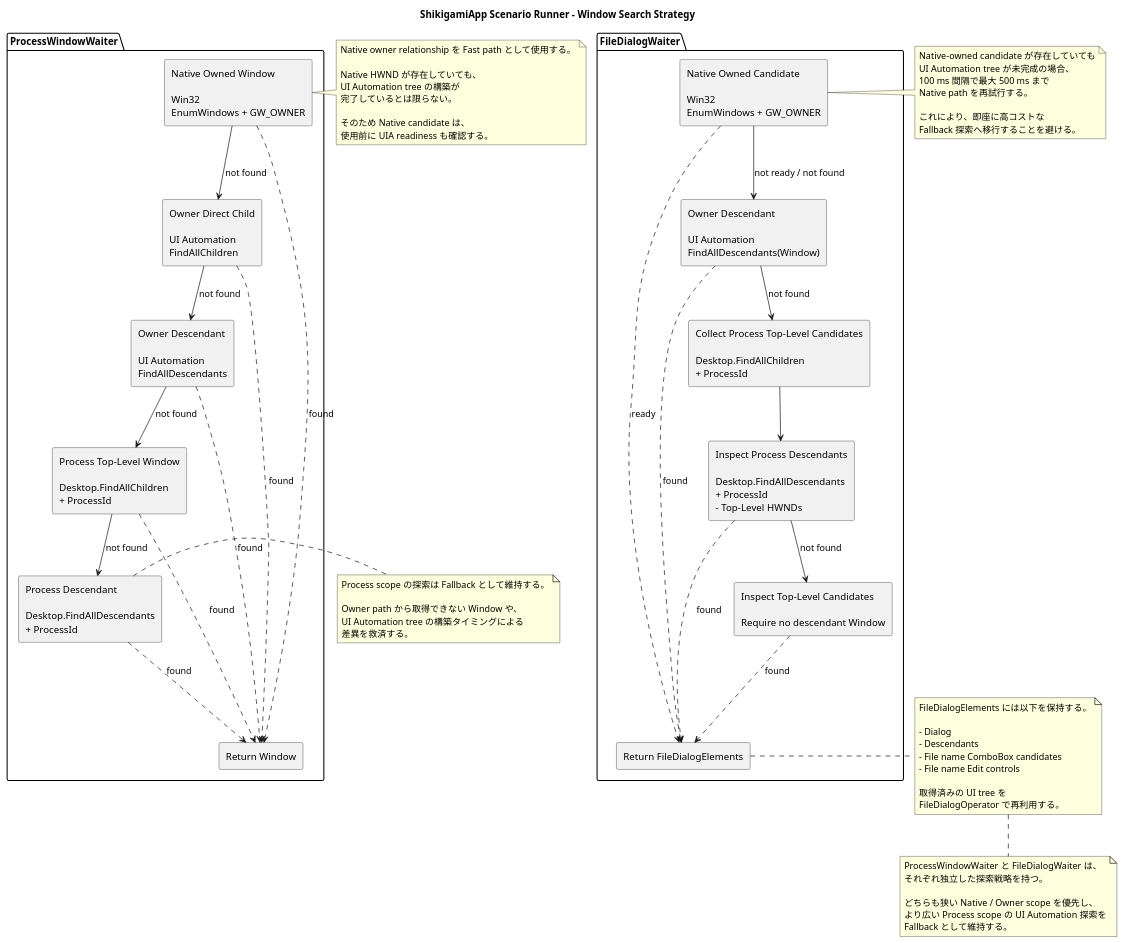
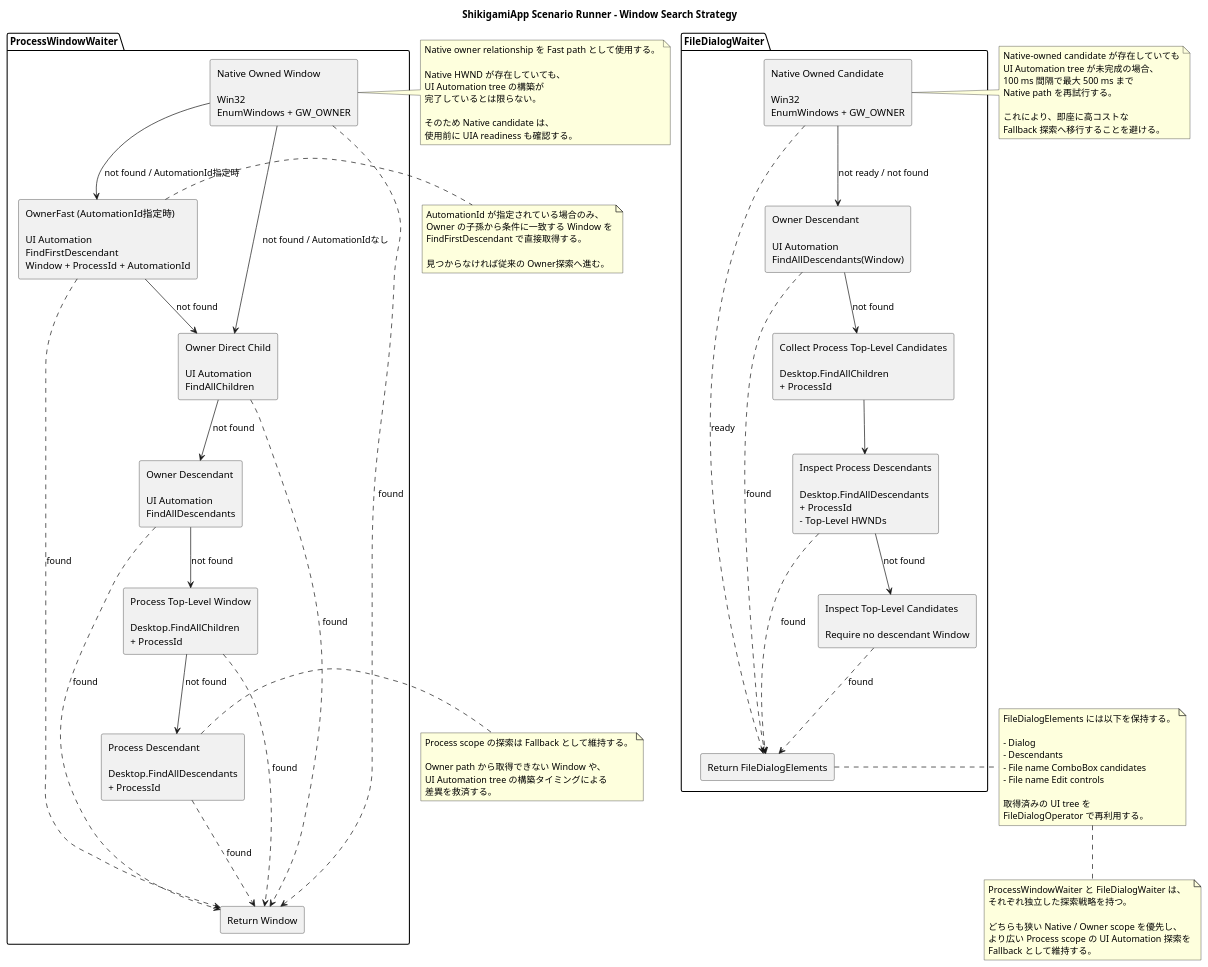
One commit to Staraptor0398/ShikigamiStatusCalculator changed the diagram in Document/ScenarioRunner/Optimization/Diagram/WindowSearchStrategy.wsd. Above: the diagram before and after it, drawn with PlantUML. The commit also changed 7 other files, not shown here.

```diff
--- a/Document/ScenarioRunner/Optimization/Diagram/WindowSearchStrategy.wsd
+++ b/Document/ScenarioRunner/Optimization/Diagram/WindowSearchStrategy.wsd
@@ -1,96 +1,108 @@
 @startuml
 
 title ShikigamiApp Scenario Runner - Window Search Strategy
 
 top to bottom direction
 
 package "ProcessWindowWaiter" {
-	rectangle "Native Owned Window\n\nWin32\nEnumWindows + GW_OWNER" as ProcessNative
-	rectangle "Owner Direct Child\n\nUI Automation\nFindAllChildren" as ProcessOwnerChild
-	rectangle "Owner Descendant\n\nUI Automation\nFindAllDescendants" as ProcessOwnerDescendant
-	rectangle "Process Top-Level Window\n\nDesktop.FindAllChildren\n+ ProcessId" as ProcessTopLevel
-	rectangle "Process Descendant\n\nDesktop.FindAllDescendants\n+ ProcessId" as ProcessDescendant
-	rectangle "Return Window" as ProcessReturn
+    rectangle "Native Owned Window\n\nWin32\nEnumWindows + GW_OWNER" as ProcessNative
+    rectangle "OwnerFast (AutomationId指定時)\n\nUI Automation\nFindFirstDescendant\nWindow + ProcessId + AutomationId" as ProcessOwnerFast
+    rectangle "Owner Direct Child\n\nUI Automation\nFindAllChildren" as ProcessOwnerChild
+    rectangle "Owner Descendant\n\nUI Automation\nFindAllDescendants" as ProcessOwnerDescendant
+    rectangle "Process Top-Level Window\n\nDesktop.FindAllChildren\n+ ProcessId" as ProcessTopLevel
+    rectangle "Process Descendant\n\nDesktop.FindAllDescendants\n+ ProcessId" as ProcessDescendant
+    rectangle "Return Window" as ProcessReturn
 
-	ProcessNative -down-> ProcessOwnerChild : not found
-	ProcessOwnerChild -down-> ProcessOwnerDescendant : not found
-	ProcessOwnerDescendant -down-> ProcessTopLevel : not found
-	ProcessTopLevel -down-> ProcessDescendant : not found
+    ProcessNative -down-> ProcessOwnerFast : not found / AutomationId指定時
+    ProcessNative -down-> ProcessOwnerChild : not found / AutomationIdなし
+    ProcessOwnerFast -down-> ProcessOwnerChild : not found
+    ProcessOwnerChild -down-> ProcessOwnerDescendant : not found
+    ProcessOwnerDescendant -down-> ProcessTopLevel : not found
+    ProcessTopLevel -down-> ProcessDescendant : not found
 
-	ProcessNative ..> ProcessReturn : found
-	ProcessOwnerChild ..> ProcessReturn : found
-	ProcessOwnerDescendant ..> ProcessReturn : found
-	ProcessTopLevel ..> ProcessReturn : found
-	ProcessDescendant ..> ProcessReturn : found
+    ProcessNative ..> ProcessReturn : found
+    ProcessOwnerFast ..> ProcessReturn : found
+    ProcessOwnerChild ..> ProcessReturn : found
+    ProcessOwnerDescendant ..> ProcessReturn : found
+    ProcessTopLevel ..> ProcessReturn : found
+    ProcessDescendant ..> ProcessReturn : found
 }
 
 package "FileDialogWaiter" {
-	rectangle "Native Owned Candidate\n\nWin32\nEnumWindows + GW_OWNER" as FileNative
-	rectangle "Owner Descendant\n\nUI Automation\nFindAllDescendants(Window)" as FileOwnerDescendant
-	rectangle "Collect Process Top-Level Candidates\n\nDesktop.FindAllChildren\n+ ProcessId" as FileTopLevelCandidates
-	rectangle "Inspect Process Descendants\n\nDesktop.FindAllDescendants\n+ ProcessId\n- Top-Level HWNDs" as FileDescendants
-	rectangle "Inspect Top-Level Candidates\n\nRequire no descendant Window" as FileTopLevel
-	rectangle "Return FileDialogElements" as FileReturn
+    rectangle "Native Owned Candidate\n\nWin32\nEnumWindows + GW_OWNER" as FileNative
+    rectangle "Owner Descendant\n\nUI Automation\nFindAllDescendants(Window)" as FileOwnerDescendant
+    rectangle "Collect Process Top-Level Candidates\n\nDesktop.FindAllChildren\n+ ProcessId" as FileTopLevelCandidates
+    rectangle "Inspect Process Descendants\n\nDesktop.FindAllDescendants\n+ ProcessId\n- Top-Level HWNDs" as FileDescendants
+    rectangle "Inspect Top-Level Candidates\n\nRequire no descendant Window" as FileTopLevel
+    rectangle "Return FileDialogElements" as FileReturn
 
-	FileNative -down-> FileOwnerDescendant : not ready / not found
-	FileOwnerDescendant -down-> FileTopLevelCandidates : not found
-	FileTopLevelCandidates -down-> FileDescendants
-	FileDescendants -down-> FileTopLevel : not found
+    FileNative -down-> FileOwnerDescendant : not ready / not found
+    FileOwnerDescendant -down-> FileTopLevelCandidates : not found
+    FileTopLevelCandidates -down-> FileDescendants
+    FileDescendants -down-> FileTopLevel : not found
 
-	FileNative ..> FileReturn : ready
-	FileOwnerDescendant ..> FileReturn : found
-	FileDescendants ..> FileReturn : found
-	FileTopLevel ..> FileReturn : found
+    FileNative ..> FileReturn : ready
+    FileOwnerDescendant ..> FileReturn : found
+    FileDescendants ..> FileReturn : found
+    FileTopLevel ..> FileReturn : found
 }
 
 note right of ProcessNative
 Native owner relationship を Fast path として使用する。
 
 Native HWND が存在していても、
 UI Automation tree の構築が
 完了しているとは限らない。
 
 そのため Native candidate は、
 使用前に UIA readiness も確認する。
+end note
+
+note right of ProcessOwnerFast
+AutomationId が指定されている場合のみ、
+Owner の子孫から条件に一致する Window を
+FindFirstDescendant で直接取得する。
+
+見つからなければ従来の Owner探索へ進む。
 end note
 
 note right of ProcessDescendant
 Process scope の探索は Fallback として維持する。
 
 Owner path から取得できない Window や、
 UI Automation tree の構築タイミングによる
 差異を救済する。
 end note
 
 note right of FileNative
 Native-owned candidate が存在していても
 UI Automation tree が未完成の場合、
 100 ms 間隔で最大 500 ms まで
 Native path を再試行する。
 
 これにより、即座に高コストな
 Fallback 探索へ移行することを避ける。
 end note
 
 note right of FileReturn
 FileDialogElements には以下を保持する。
 
 - Dialog
 - Descendants
 - File name ComboBox candidates
 - File name Edit controls
 
 取得済みの UI tree を
 FileDialogOperator で再利用する。
 end note
 
 note bottom
 ProcessWindowWaiter と FileDialogWaiter は、
 それぞれ独立した探索戦略を持つ。
 
 どちらも狭い Native / Owner scope を優先し、
 より広い Process scope の UI Automation 探索を
 Fallback として維持する。
 end note
 
 @enduml
```
